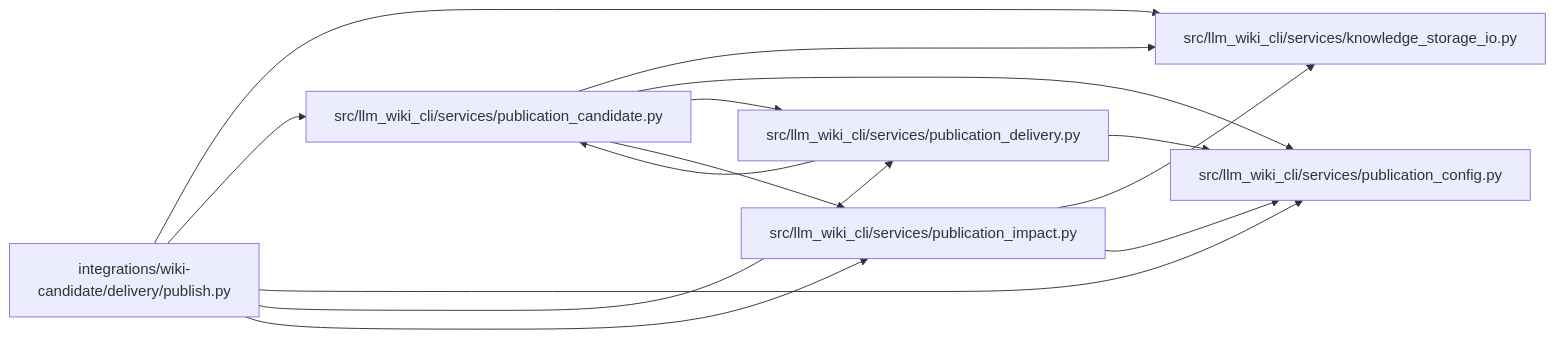
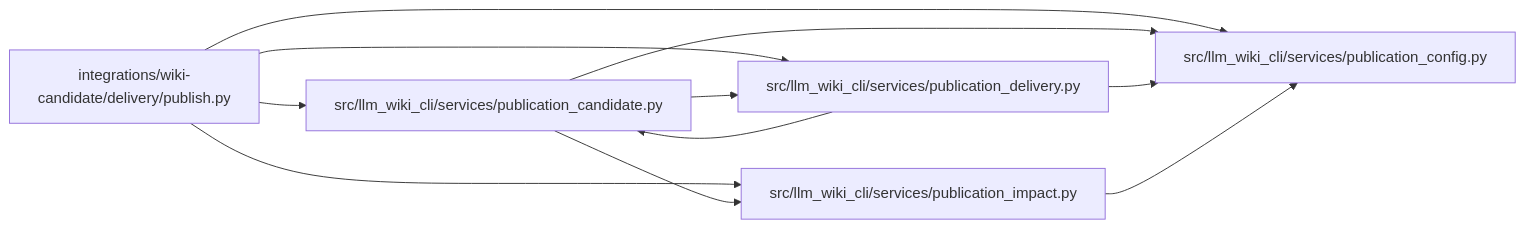
One commit to Denissvgn/python-wiki-llm changed the diagram in docs/llm_wiki/modules/publish.md. Above: the diagram before and after it, drawn with Mermaid. The commit also changed other lines of this file and 1058 other files, not shown here.

First line of the commit message:
docs: refresh the wiki for the knowledge store move

````diff
--- a/docs/llm_wiki/modules/publish.md
+++ b/docs/llm_wiki/modules/publish.md
@@ -33,28 +33,23 @@
 ```mermaid
 flowchart LR
     n0["integrations/wiki-candidate/delivery/publish.py"]
-    n1["src/llm_wiki_cli/services/knowledge_storage_io.py"]
-    n2["src/llm_wiki_cli/services/publication_candidate.py"]
-    n3["src/llm_wiki_cli/services/publication_config.py"]
-    n4["src/llm_wiki_cli/services/publication_delivery.py"]
-    n5["src/llm_wiki_cli/services/publication_impact.py"]
+    n1["src/llm_wiki_cli/services/publication_candidate.py"]
+    n2["src/llm_wiki_cli/services/publication_config.py"]
+    n3["src/llm_wiki_cli/services/publication_delivery.py"]
+    n4["src/llm_wiki_cli/services/publication_impact.py"]
     n0 --> n1
     n0 --> n2
     n0 --> n3
     n0 --> n4
-    n0 --> n5
-    n2 --> n1
-    n2 --> n3
-    n2 --> n4
-    n2 --> n5
+    n1 --> n2
+    n1 --> n3
+    n1 --> n4
+    n3 --> n1
+    n3 --> n2
     n4 --> n2
-    n4 --> n3
-    n5 --> n1
-    n5 --> n3
     click n0 "../modules/publish.md"
-    click n1 "../modules/knowledge_storage_io.md"
-    click n2 "../modules/publication_candidate.md"
-    click n3 "../modules/publication_config.md"
-    click n4 "../modules/publication_delivery.md"
-    click n5 "../modules/publication_impact.md"
+    click n1 "../modules/publication_candidate.md"
+    click n2 "../modules/publication_config.md"
+    click n3 "../modules/publication_delivery.md"
+    click n4 "../modules/publication_impact.md"
 ```
````
